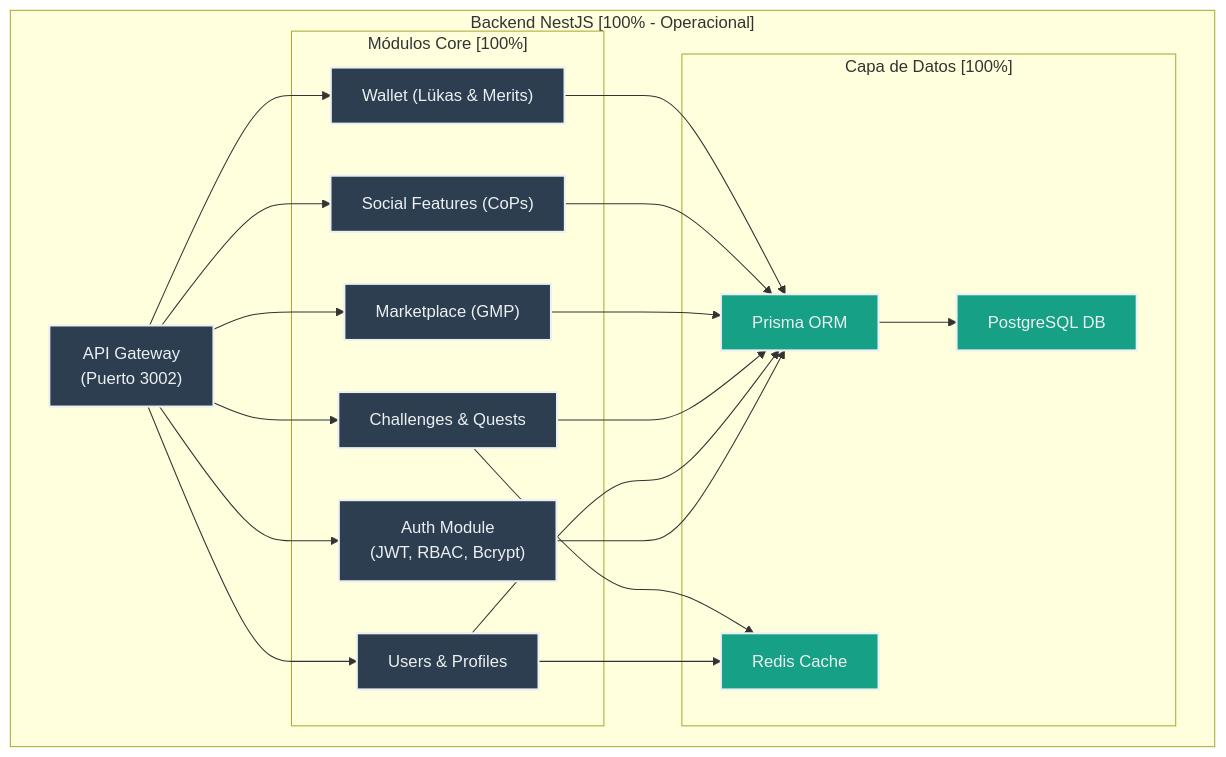
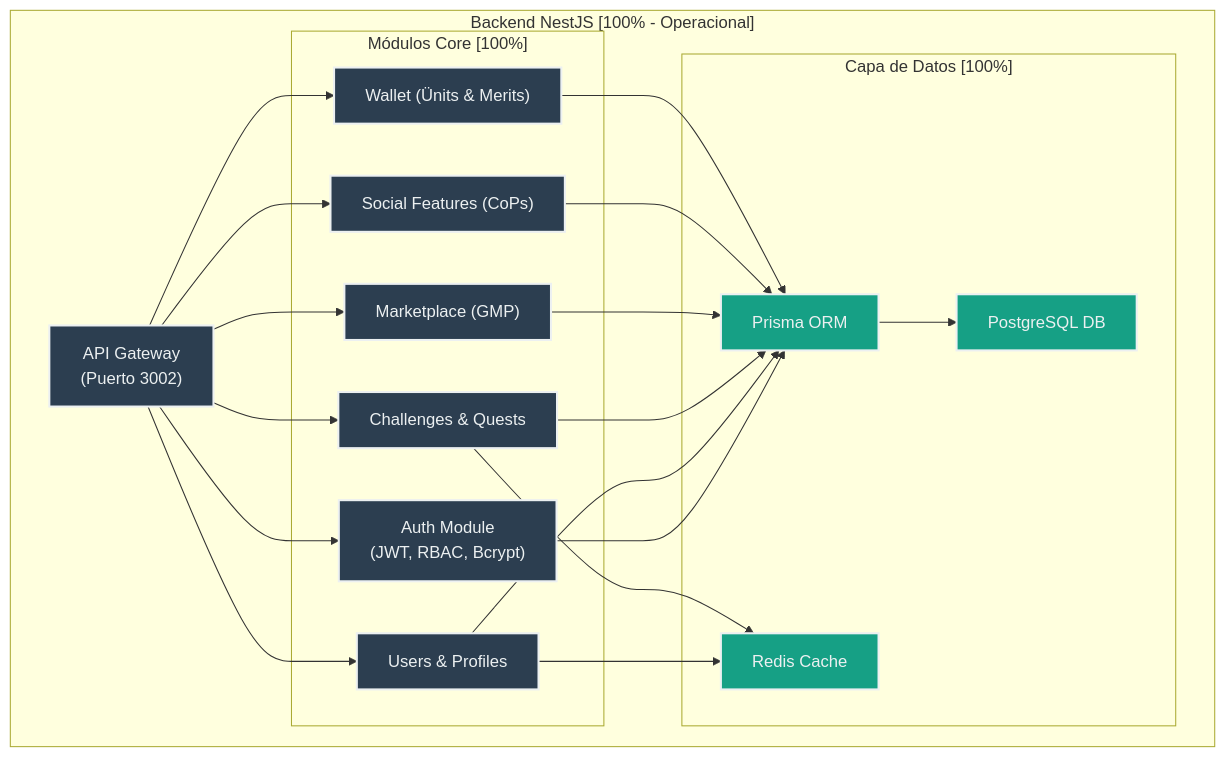
Before and after one commit to kvn3toj/beforenostr: the diagram in NARRATIVA/docs/diagrams/01_backend_architecture.md, drawn with Mermaid. The commit also changed 579 other files, not shown here.

````diff
--- a/NARRATIVA/docs/diagrams/01_backend_architecture.md
+++ b/NARRATIVA/docs/diagrams/01_backend_architecture.md
@@ -1,45 +1,45 @@
 ```mermaid
 graph TD;
     classDef done fill:#2c3e50,stroke:#ecf0f1,stroke-width:2px,color:#ecf0f1;
     classDef db fill:#16a085,stroke:#ecf0f1,stroke-width:2px,color:#ecf0f1;
 
     subgraph "Backend NestJS [100% - Operacional]";
         direction LR;
       
         API_Gateway["API Gateway<br/>(Puerto 3002)"]:::done;
       
         subgraph "Módulos Core [100%]";
             Auth["Auth Module<br/>(JWT, RBAC, Bcrypt)"]:::done;
             Users["Users & Profiles"]:::done;
             Challenges["Challenges & Quests"]:::done;
             Marketplace["Marketplace (GMP)"]:::done;
             Social["Social Features (CoPs)"]:::done;
-            Wallet["Wallet (Lükas & Merits)"]:::done;
+            Wallet["Wallet (Ünits & Merits)"]:::done;
         end
 
         subgraph "Capa de Datos [100%]";
             Prisma["Prisma ORM"]:::db;
             PostgreSQL["PostgreSQL DB"]:::db;
             Redis["Redis Cache"]:::db;
         end
 
         API_Gateway --> Auth;
         API_Gateway --> Users;
         API_Gateway --> Challenges;
         API_Gateway --> Marketplace;
         API_Gateway --> Social;
         API_Gateway --> Wallet;
 
         Auth --> Prisma;
         Users --> Prisma;
         Challenges --> Prisma;
         Marketplace --> Prisma;
         Social --> Prisma;
         Wallet --> Prisma;
       
         Users --> Redis;
         Challenges --> Redis;
       
         Prisma --> PostgreSQL;
     end
 ```
````
